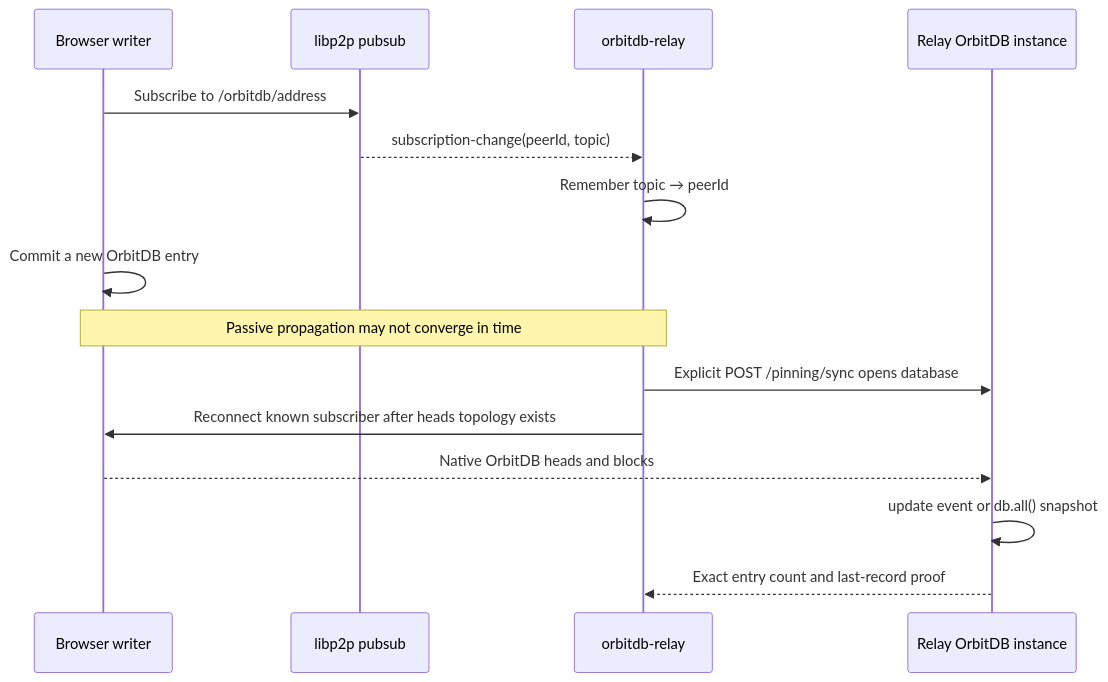
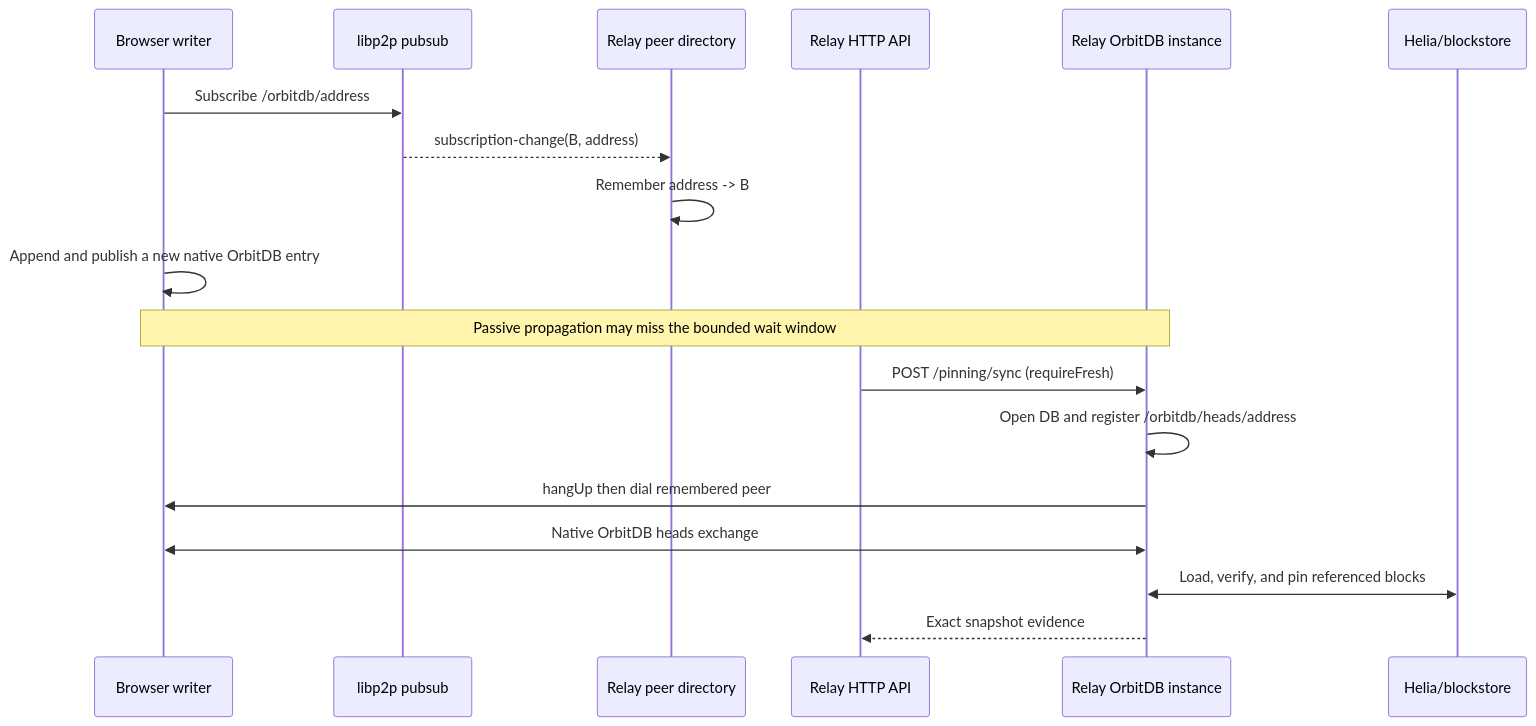
The diagram in docs/orbitdb-peer-recovery.md (NiKrause/orbitdb-relay), drawn with Mermaid before and after one commit. The commit also changed other lines of this file and 1 other file, not shown here.

Commit message:
docs: detail native OrbitDB recovery orchestration

````diff
--- a/docs/orbitdb-peer-recovery.md
+++ b/docs/orbitdb-peer-recovery.md
@@ -19,18 +163,21 @@
 ```mermaid
 sequenceDiagram
     participant B as Browser writer
     participant P as libp2p pubsub
-    participant R as orbitdb-relay
+    participant D as Relay peer directory
+    participant H as Relay HTTP API
     participant O as Relay OrbitDB instance
+    participant S as Helia/blockstore
 
-    B->>P: Subscribe to /orbitdb/address
-    P-->>R: subscription-change(peerId, topic)
-    R->>R: Remember topic → peerId
-    B->>B: Commit a new OrbitDB entry
-    Note over B,R: Passive propagation may not converge in time
-    R->>O: Explicit POST /pinning/sync opens database
-    R->>B: Reconnect known subscriber after heads topology exists
-    B-->>O: Native OrbitDB heads and blocks
-    O->>O: update event or db.all() snapshot
-    O-->>R: Exact entry count and last-record proof
+    B->>P: Subscribe /orbitdb/address
+    P-->>D: subscription-change(B, address)
+    D->>D: Remember address -> B
+    B->>B: Append and publish a new native OrbitDB entry
+    Note over B,O: Passive propagation may miss the bounded wait window
+    H->>O: POST /pinning/sync (requireFresh)
+    O->>O: Open DB and register /orbitdb/heads/address
+    O->>B: hangUp then dial remembered peer
+    B<<->>O: Native OrbitDB heads exchange
+    O<<->>S: Load, verify, and pin referenced blocks
+    O-->>H: Exact snapshot evidence
 ```
````
